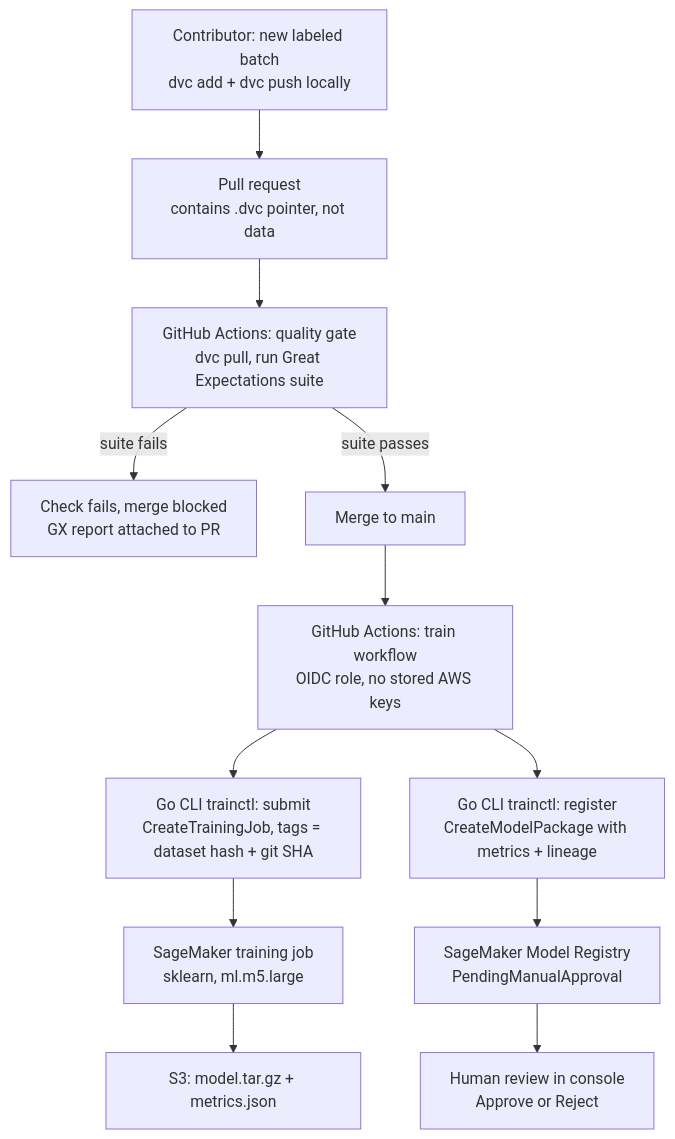
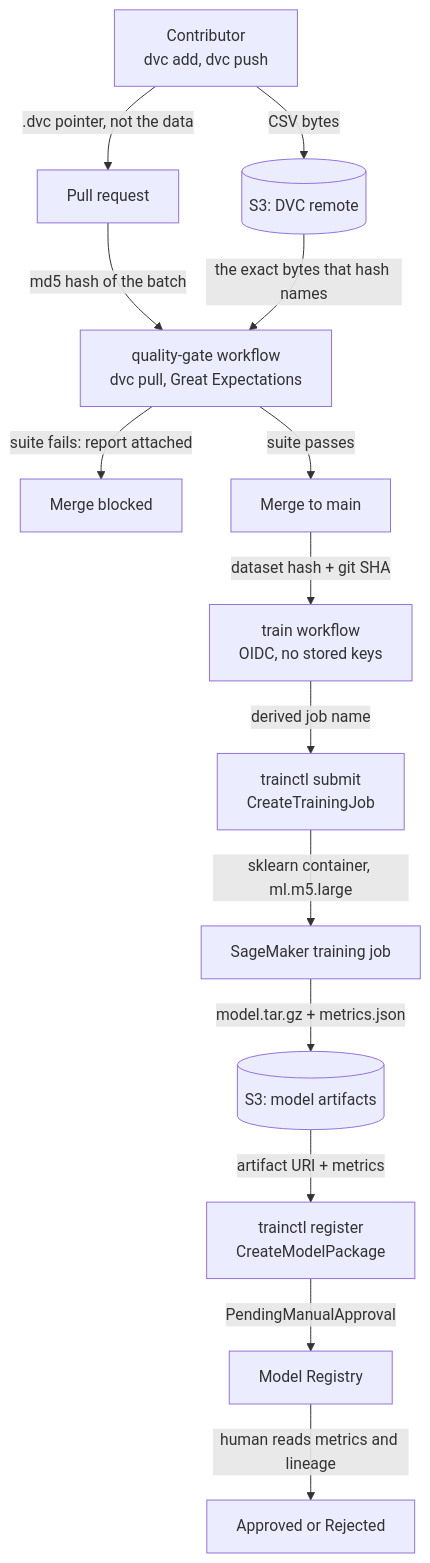
Before and after one commit to Go-Santiago-Go/retrain-pipeline: the diagram in README.md, drawn with Mermaid. The commit also changed other lines of this file and 8 other files, not shown here.

````diff
--- a/README.md
+++ b/README.md
@@ -28,14 +131,16 @@
 ```mermaid
 flowchart TD
-    A[Contributor: new labeled batch<br/>dvc add + dvc push locally] --> B[Pull request<br/>contains .dvc pointer, not data]
-    B --> C[GitHub Actions: quality gate<br/>dvc pull, run Great Expectations suite]
-    C -- suite fails --> D[Check fails, merge blocked<br/>GX report attached to PR]
-    C -- suite passes --> E[Merge to main]
-    E --> F[GitHub Actions: train workflow<br/>OIDC role, no stored AWS keys]
-    F --> G[Go CLI trainctl: submit<br/>CreateTrainingJob, tags = dataset hash + git SHA]
-    G --> H[SageMaker training job<br/>sklearn, ml.m5.large]
-    H --> I[S3: model.tar.gz + metrics.json]
-    F --> J[Go CLI trainctl: register<br/>CreateModelPackage with metrics + lineage]
-    J --> K[SageMaker Model Registry<br/>PendingManualApproval]
-    K --> L[Human review in console<br/>Approve or Reject]
+    A[Contributor<br/>dvc add, dvc push] -->|"CSV bytes"| B[(S3: DVC remote)]
+    A -->|".dvc pointer, not the data"| C[Pull request]
+    C -->|"md5 hash of the batch"| D[quality-gate workflow<br/>dvc pull, Great Expectations]
+    B -->|"the exact bytes that hash names"| D
+    D -->|"suite fails: report attached"| E[Merge blocked]
+    D -->|"suite passes"| F[Merge to main]
+    F -->|"dataset hash + git SHA"| G[train workflow<br/>OIDC, no stored keys]
+    G -->|"derived job name"| H[trainctl submit<br/>CreateTrainingJob]
+    H -->|"sklearn container, ml.m5.large"| I[SageMaker training job]
+    I -->|"model.tar.gz + metrics.json"| J[(S3: model artifacts)]
+    J -->|"artifact URI + metrics"| K[trainctl register<br/>CreateModelPackage]
+    K -->|"PendingManualApproval"| L[Model Registry]
+    L -->|"human reads metrics and lineage"| M[Approved or Rejected]
 ```
````
